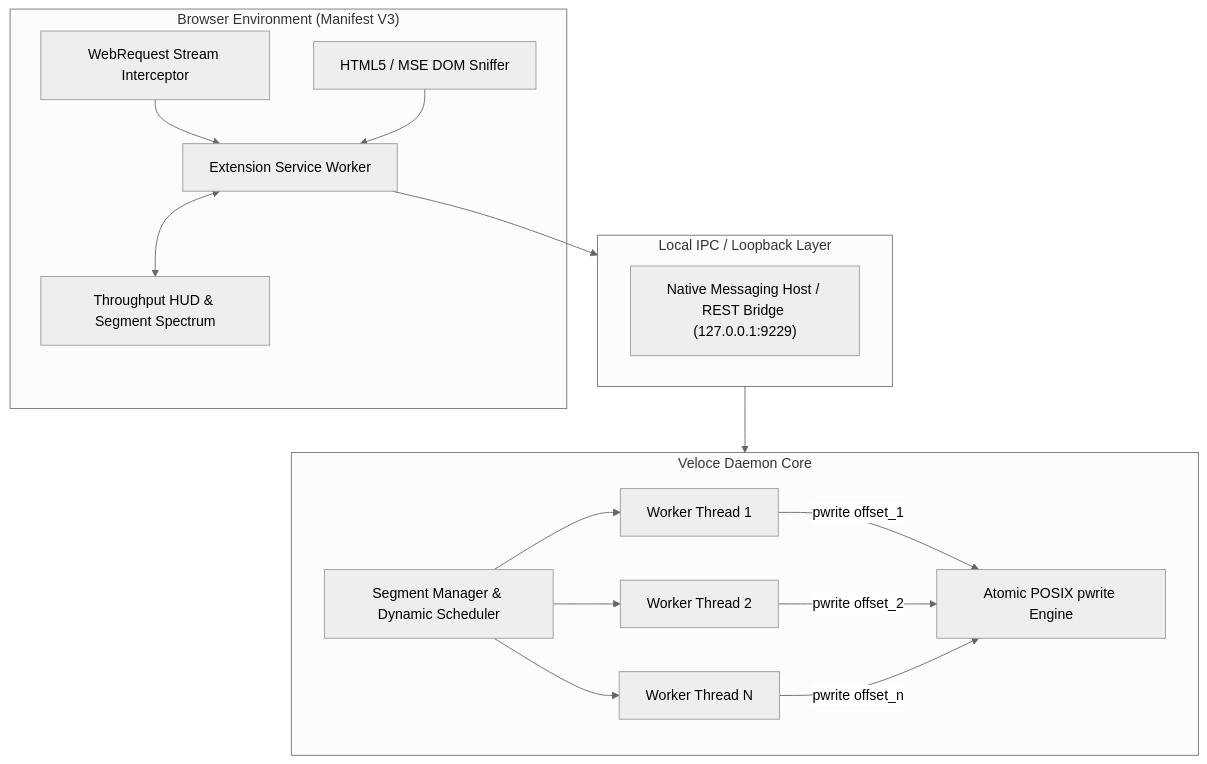
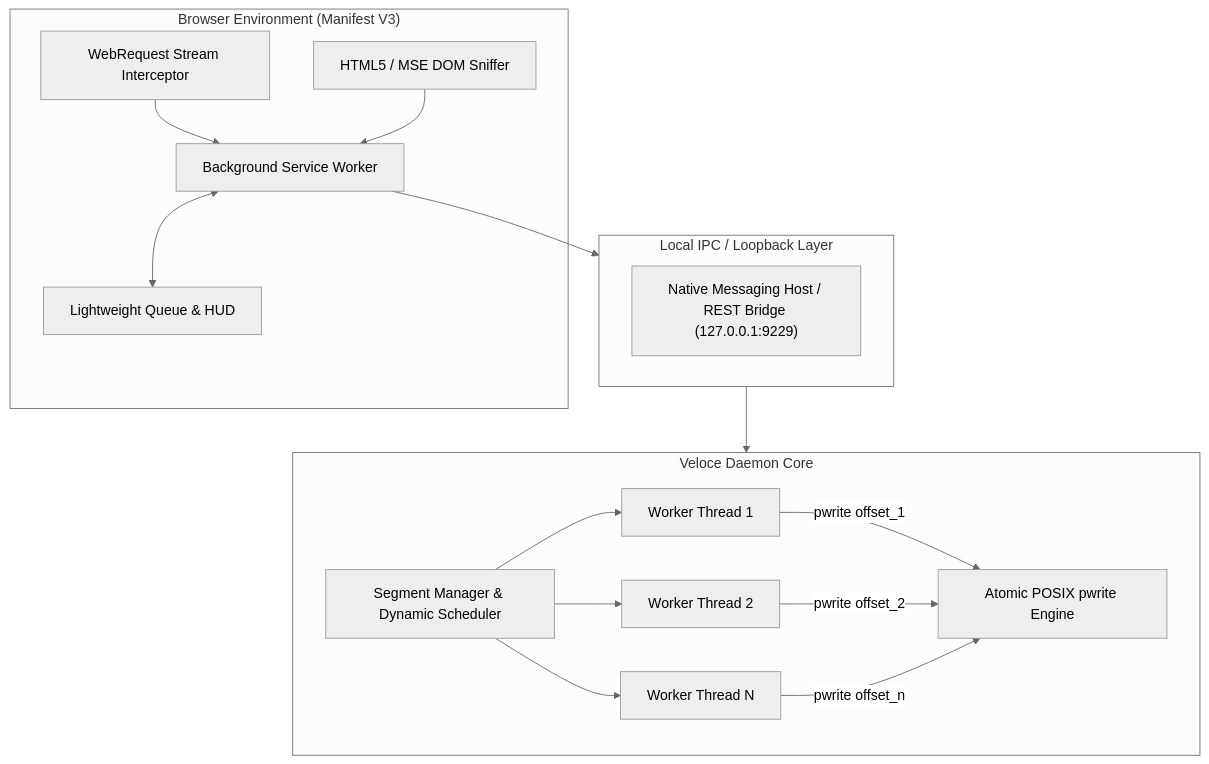
Before and after one commit to Firojpaudel/veloce: the diagram in README.md, drawn with Mermaid (neutral theme). The commit also changed other lines of this file and 9 other files, not shown here.

````diff
--- a/README.md
+++ b/README.md
@@ -27,33 +78,33 @@
 ```mermaid
 flowchart TD
     subgraph BrowserClient ["Browser Environment (Manifest V3)"]
         WebRequest["WebRequest Stream Interceptor"]
         DOMSniffer["HTML5 / MSE DOM Sniffer"]
-        PopupUI["Throughput HUD & Segment Spectrum"]
-        WebRequest --> ExtensionCore["Extension Service Worker"]
+        PopupUI["Lightweight Queue & HUD"]
+        WebRequest --> ExtensionCore["Background Service Worker"]
         DOMSniffer --> ExtensionCore
         ExtensionCore <--> PopupUI
     end
 
     subgraph NativeBridge ["Local IPC / Loopback Layer"]
         HostBridge["Native Messaging Host / REST Bridge (127.0.0.1:9229)"]
     end
 
     subgraph CoreEngine ["Veloce Daemon Core"]
         SegmentCoordinator["Segment Manager & Dynamic Scheduler"]
         Thread1["Worker Thread 1"]
         Thread2["Worker Thread 2"]
         ThreadN["Worker Thread N"]
         DiskBuffer["Atomic POSIX pwrite Engine"]
 
         SegmentCoordinator --> Thread1
         SegmentCoordinator --> Thread2
         SegmentCoordinator --> ThreadN
         Thread1 -->|pwrite offset_1| DiskBuffer
         Thread2 -->|pwrite offset_2| DiskBuffer
         ThreadN -->|pwrite offset_n| DiskBuffer
     end
 
     ExtensionCore --> NativeBridge
     NativeBridge --> CoreEngine
 ```
````
